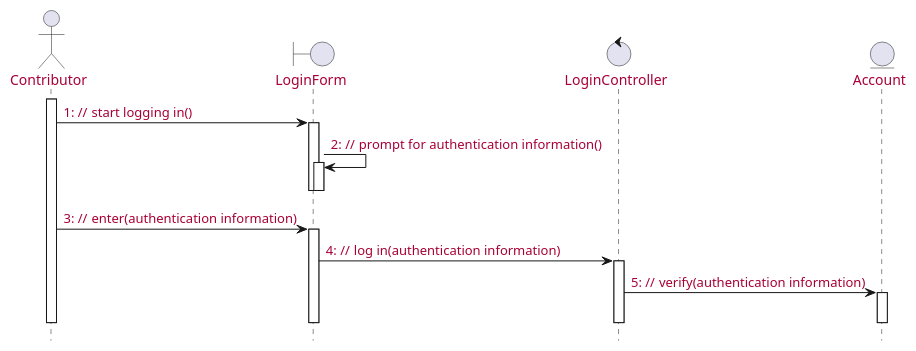
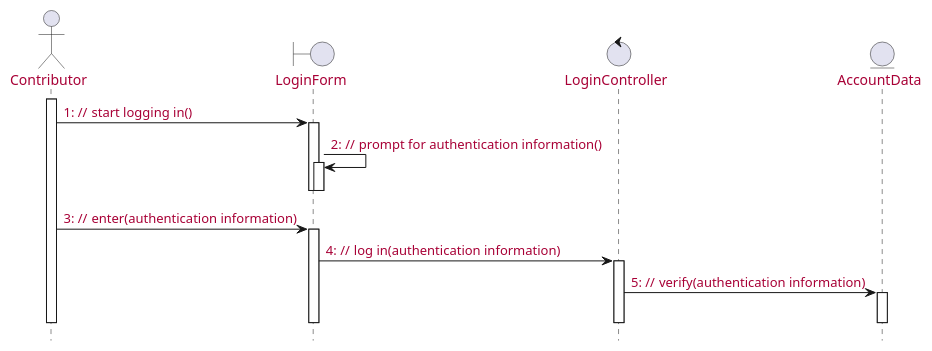
One commit to McSinyx/ipppi changed the third of 10 diagrams in source/solution/use-case-analysis.rst. Above: the diagram before and after it, drawn with PlantUML. The commit also changed other lines of this file and 1 other file, not shown here.

Commit message:
Update entity name to fit model in GH-21

```diff
--- a/source/solution/use-case-analysis.rst
+++ b/source/solution/use-case-analysis.rst
@@ -77,25 +77,25 @@
 .. uml::
 
    skinparam defaultFontColor #a80036
    autonumber "#: //"
    autoactivate on
    hide footbox
 
    actor Contributor
    boundary LoginForm
    control LoginController
-   entity Account
+   entity AccountData
 
    activate Contributor
    Contributor -> LoginForm: start logging in()
    LoginForm -> LoginForm: prompt for authentication information()
    deactivate LoginForm
    deactivate LoginForm
 
    Contributor -> LoginForm: enter(authentication information)
    LoginForm -> LoginController: log in(authentication information)
-   LoginController -> Account: verify(authentication information)
-   deactivate Account
+   LoginController -> AccountData: verify(authentication information)
+   deactivate AccountData
    deactivate LoginController
    deactivate LoginForm
    deactivate Contributor
```
